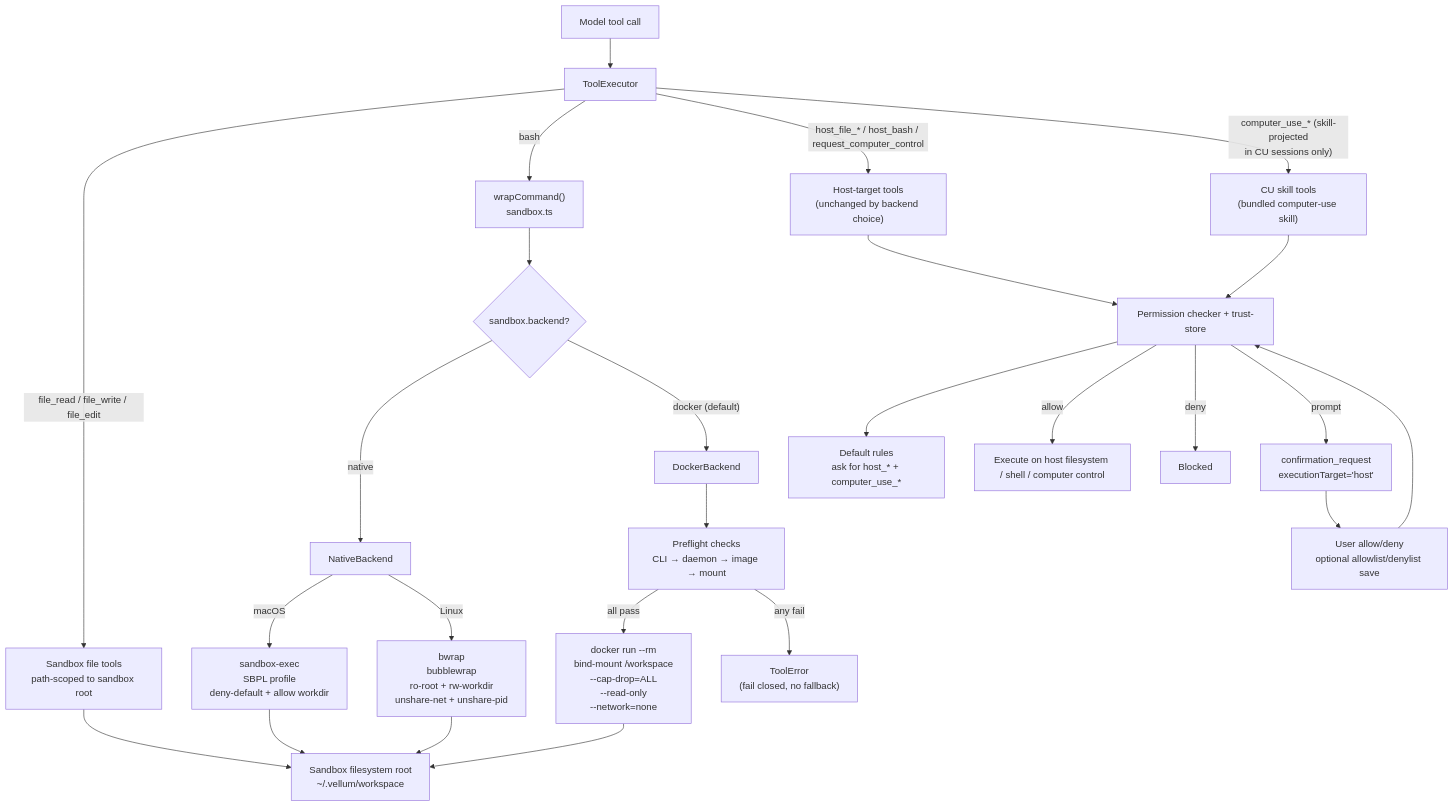
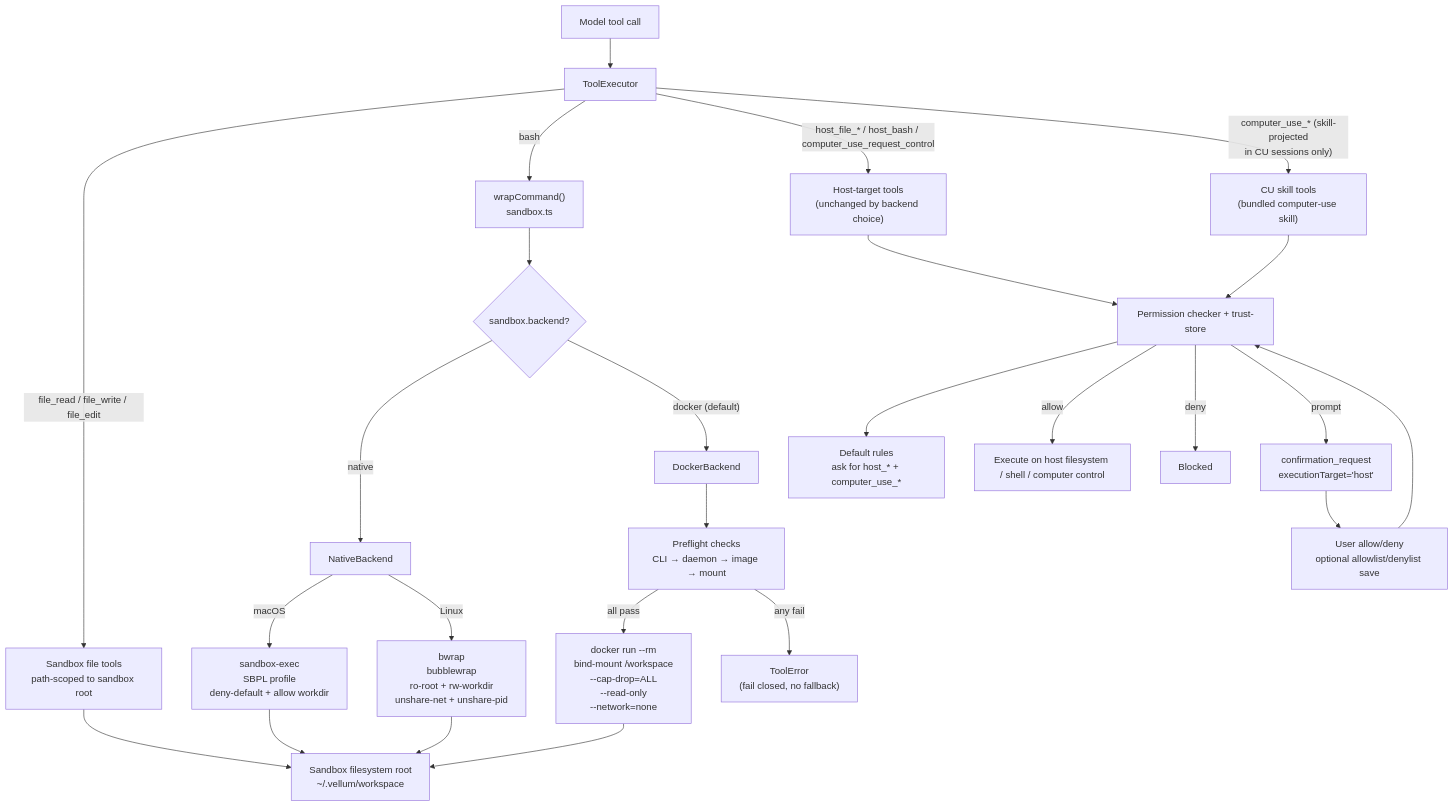
Diagram 16 of 42 in ARCHITECTURE.md (vellum-ai/vellum-assistant), drawn with Mermaid before and after one commit. The commit also changed other lines of this file and 1 other file, not shown here.

Commit message:
fix: tighten client_secret hook pattern and update ARCHITECTURE.md references

````diff
--- a/ARCHITECTURE.md
+++ b/ARCHITECTURE.md
@@ -1380,34 +1380,34 @@
 ```mermaid
 graph TB
     CALL["Model tool call"] --> EXEC["ToolExecutor"]
 
     EXEC -->|"file_read / file_write / file_edit"| SB_FILE_TOOLS["Sandbox file tools<br/>path-scoped to sandbox root"]
     SB_FILE_TOOLS --> SB_FS
 
     EXEC -->|"bash"| WRAP["wrapCommand()<br/>sandbox.ts"]
 
     WRAP --> BACKEND_CHECK{"sandbox.backend?"}
     BACKEND_CHECK -->|"native"| NATIVE["NativeBackend"]
     BACKEND_CHECK -->|"docker (default)"| DOCKER["DockerBackend"]
 
     NATIVE -->|"macOS"| SBPL["sandbox-exec<br/>SBPL profile<br/>deny-default + allow workdir"]
     NATIVE -->|"Linux"| BWRAP["bwrap<br/>bubblewrap<br/>ro-root + rw-workdir<br/>unshare-net + unshare-pid"]
     SBPL --> SB_FS["Sandbox filesystem root<br/>~/.vellum/workspace"]
     BWRAP --> SB_FS
 
     DOCKER --> PREFLIGHT["Preflight checks<br/>CLI → daemon → image → mount"]
     PREFLIGHT -->|"all pass"| CONTAINER["docker run --rm<br/>bind-mount /workspace<br/>--cap-drop=ALL<br/>--read-only<br/>--network=none"]
     PREFLIGHT -->|"any fail"| FAIL_CLOSED["ToolError<br/>(fail closed, no fallback)"]
     CONTAINER --> SB_FS
 
-    EXEC -->|"host_file_* / host_bash / request_computer_control"| HOST_TOOLS["Host-target tools<br/>(unchanged by backend choice)"]
+    EXEC -->|"host_file_* / host_bash / computer_use_request_control"| HOST_TOOLS["Host-target tools<br/>(unchanged by backend choice)"]
     EXEC -->|"computer_use_* (skill-projected<br/>in CU sessions only)"| SKILL_CU_TOOLS["CU skill tools<br/>(bundled computer-use skill)"]
     HOST_TOOLS --> CHECK["Permission checker + trust-store"]
     SKILL_CU_TOOLS --> CHECK
     CHECK --> DEFAULTS["Default rules<br/>ask for host_* + computer_use_*"]
     CHECK -->|"allow"| HOST_EXEC["Execute on host filesystem / shell / computer control"]
     CHECK -->|"deny"| BLOCK["Blocked"]
     CHECK -->|"prompt"| PROMPT["confirmation_request<br/>executionTarget='host'"]
     PROMPT --> USER["User allow/deny<br/>optional allowlist/denylist save"]
     USER --> CHECK
 ```
````
